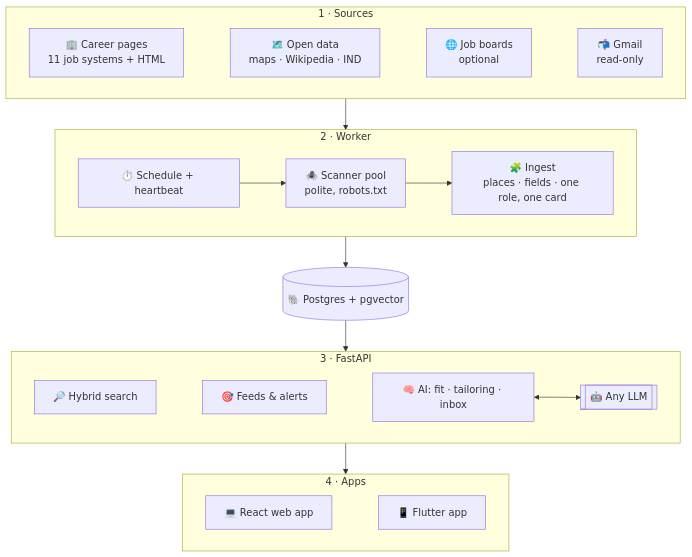
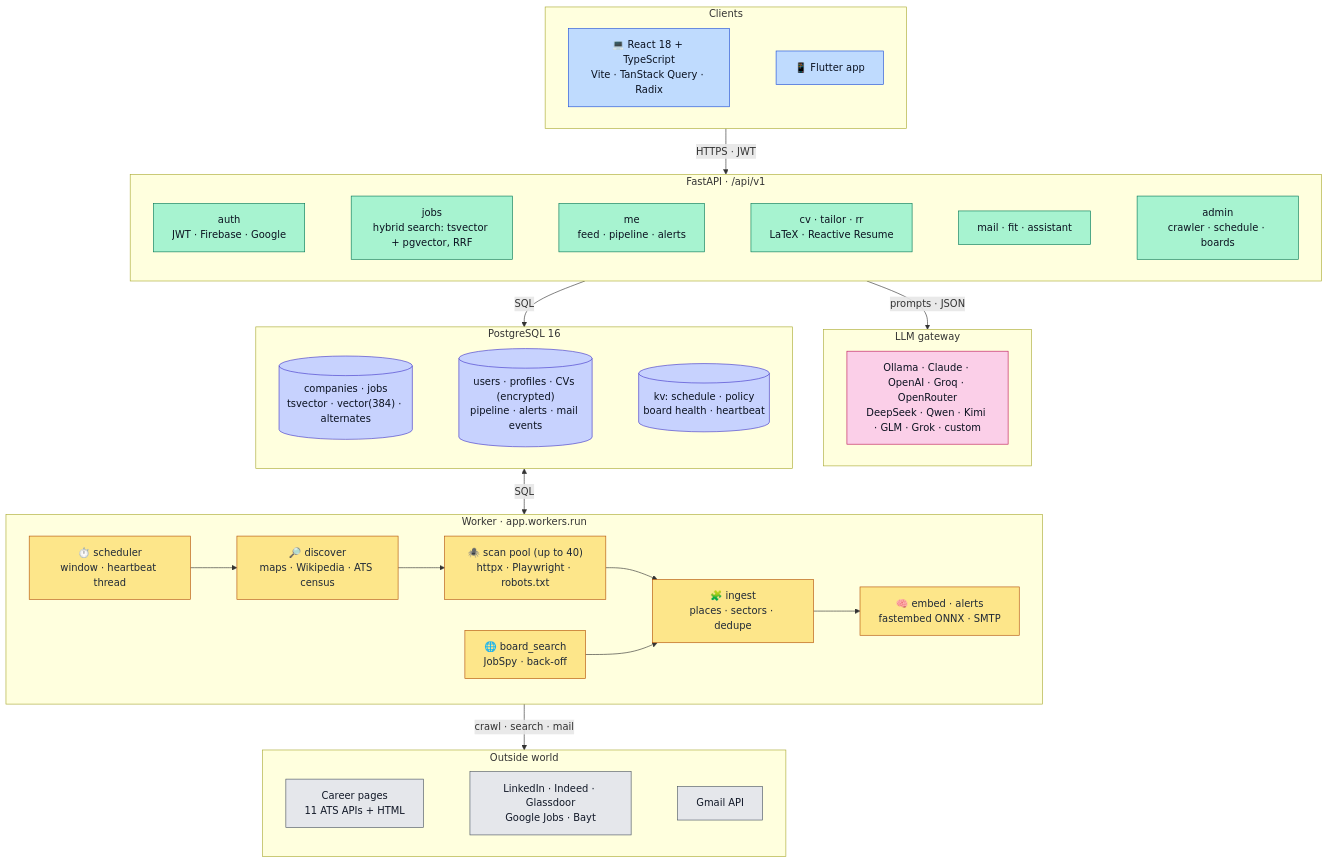
One commit to emelian-chkaira/ai-career-tracker changed the third of 4 diagrams in README.md. Above: the diagram before and after it, drawn with Mermaid. The commit also changed other lines of this file and 3 other files, not shown here.

First line of the commit message:
README: system-design infographic, coloured badges, job boards, AI mail and CV sections

````diff
--- a/README.md
+++ b/README.md
@@ -85,30 +175,59 @@
 ```mermaid
 flowchart TB
-  subgraph SRC[" 1 · Sources "]
+  subgraph CLIENT["Clients"]
     direction LR
-    A["🏢 Career pages<br/>11 job systems + HTML"]
-    B["🗺️ Open data<br/>maps · Wikipedia · IND"]
-    C["🌐 Job boards<br/>optional"]
-    D["📬 Gmail<br/>read-only"]
-    A ~~~ B ~~~ C ~~~ D
+    WEB["💻 React 18 + TypeScript<br/>Vite · TanStack Query · Radix"]:::fe
+    MOB["📱 Flutter app"]:::fe
+    WEB ~~~ MOB
   end
-  subgraph WRK[" 2 · Worker "]
+  subgraph API["FastAPI · /api/v1"]
     direction LR
-    E["⏱️ Schedule + heartbeat"] --> F["🕷️ Scanner pool<br/>polite, robots.txt"] --> G["🧩 Ingest<br/>places · fields · one role, one card"]
+    A1["auth<br/>JWT · Firebase · Google"]:::api
+    A2["jobs<br/>hybrid search: tsvector + pgvector, RRF"]:::api
+    A3["me<br/>feed · pipeline · alerts"]:::api
+    A4["cv · tailor · rr<br/>LaTeX · Reactive Resume"]:::api
+    A5["mail · fit · assistant"]:::api
+    A6["admin<br/>crawler · schedule · boards"]:::api
+    A1 ~~~ A2 ~~~ A3 ~~~ A4 ~~~ A5 ~~~ A6
   end
-  H[("🐘 Postgres + pgvector")]
-  subgraph API[" 3 · FastAPI "]
+  subgraph AI["LLM gateway"]
     direction LR
-    I["🔎 Hybrid search"]
-    J["🎯 Feeds & alerts"]
-    K["🧠 AI: fit · tailoring · inbox"] <--> L[["🤖 Any LLM"]]
-    I ~~~ J ~~~ K
+    LLM["Ollama · Claude · OpenAI · Groq · OpenRouter<br/>DeepSeek · Qwen · Kimi · GLM · Grok · custom"]:::ai
   end
-  subgraph UI[" 4 · Apps "]
+  subgraph DB["PostgreSQL 16"]
     direction LR
-    M["💻 React web app"]
-    N["📱 Flutter app"]
-    M ~~~ N
+    T1[("companies · jobs<br/>tsvector · vector(384) · alternates")]:::db
+    T2[("users · profiles · CVs (encrypted)<br/>pipeline · alerts · mail events")]:::db
+    T3[("kv: schedule · policy<br/>board health · heartbeat")]:::db
+    T1 ~~~ T2 ~~~ T3
   end
-  SRC --> WRK --> H --> API --> UI
+  subgraph WK["Worker · app.workers.run"]
+    direction LR
+    S["⏱️ scheduler<br/>window · heartbeat thread"]:::wk
+    D["🔎 discover<br/>maps · Wikipedia · ATS census"]:::wk
+    SC["🕷️ scan pool (up to 40)<br/>httpx · Playwright · robots.txt"]:::wk
+    B["🌐 board_search<br/>JobSpy · back-off"]:::wk
+    I["🧩 ingest<br/>places · sectors · dedupe"]:::wk
+    X["🧠 embed · alerts<br/>fastembed ONNX · SMTP"]:::wk
+    S --> D --> SC --> I --> X
+    B --> I
+  end
+  subgraph EXT["Outside world"]
+    direction LR
+    O1["Career pages<br/>11 ATS APIs + HTML"]:::ext
+    O2["LinkedIn · Indeed · Glassdoor<br/>Google Jobs · Bayt"]:::ext
+    O3["Gmail API"]:::ext
+    O1 ~~~ O2 ~~~ O3
+  end
+  CLIENT -- "HTTPS · JWT" --> API
+  API -- "prompts · JSON" --> AI
+  API -- "SQL" --> DB
+  DB <-- "SQL" --> WK
+  WK -- "crawl · search · mail" --> EXT
+  classDef fe fill:#bfdbfe,stroke:#1d4ed8,color:#0b1220
+  classDef api fill:#a7f3d0,stroke:#047857,color:#0b1220
+  classDef ai fill:#fbcfe8,stroke:#be185d,color:#0b1220
+  classDef db fill:#c7d2fe,stroke:#4338ca,color:#0b1220
+  classDef wk fill:#fde68a,stroke:#b45309,color:#1f2937
+  classDef ext fill:#e5e7eb,stroke:#4b5563,color:#111827
 ```
````
